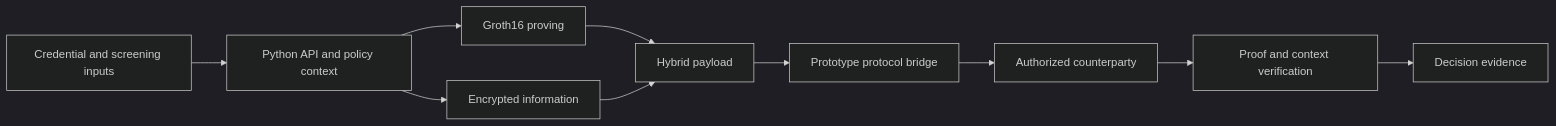
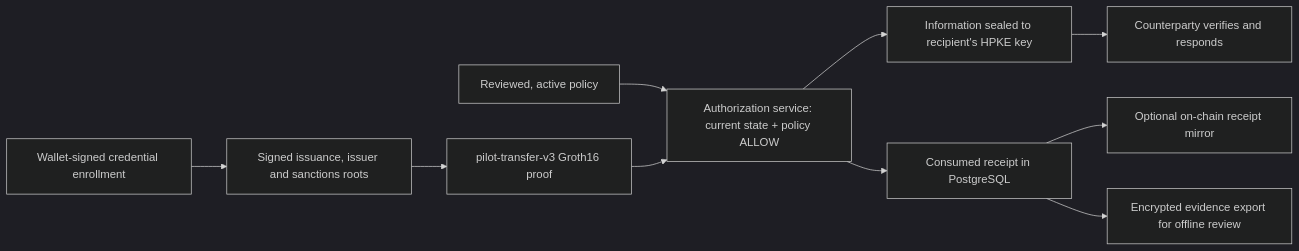
One commit to repfigit/clearproof changed the diagram in apps/docs/app/docs/architecture/page.mdx. Above: the diagram before and after it, drawn with Mermaid (dark theme). The commit also changed other lines of this file and 31 other files, not shown here.

````diff
--- a/apps/docs/app/docs/architecture/page.mdx
+++ b/apps/docs/app/docs/architecture/page.mdx
@@ -7,12 +7,12 @@
 ```mermaid
 flowchart LR
-    Inputs[Credential and screening inputs] --> API[Python API and policy context]
-    API --> Prover[Groth16 proving]
-    API --> Envelope[Encrypted information]
-    Prover --> Payload[Hybrid payload]
-    Envelope --> Payload
-    Payload --> Bridge[Prototype protocol bridge]
-    Bridge --> Peer[Authorized counterparty]
-    Peer --> Verify[Proof and context verification]
-    Verify --> Evidence[Decision evidence]
+    Enroll[Wallet-signed credential enrollment] --> Roots[Signed issuance, issuer and sanctions roots]
+    Roots --> Prove[pilot-transfer-v3 Groth16 proof]
+    Policy[Reviewed, active policy] --> Authorize
+    Prove --> Authorize[Authorization service: current state + policy ALLOW]
+    Authorize --> Seal[Information sealed to recipient's HPKE key]
+    Authorize --> Receipt[Consumed receipt in PostgreSQL]
+    Receipt --> Mirror[Optional on-chain receipt mirror]
+    Seal --> Peer[Counterparty verifies and responds]
+    Receipt --> Evidence[Encrypted evidence export for offline review]
 ```
````
